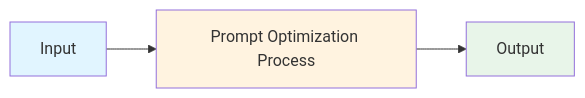
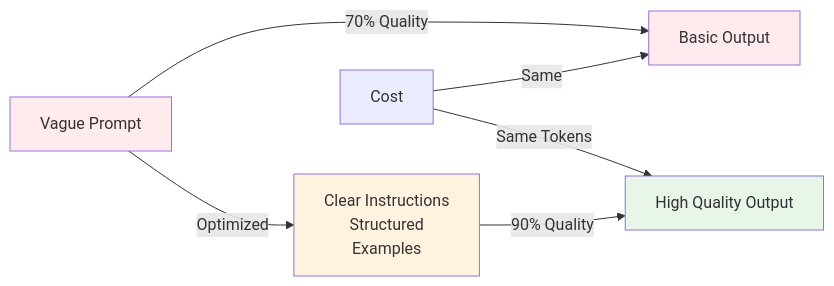
Before and after one commit to souradeepta/interviewprep-ai: the first of 2 diagrams in llm/concepts/prompt-optimization.md, drawn with Mermaid. The commit also changed other lines of this file and 20 other files, not shown here.

First line of the commit message:
feat: enhance 18 LLM concept files with detailed Q&A, diagrams, and real-world examples

````diff
--- a/llm/concepts/prompt-optimization.md
+++ b/llm/concepts/prompt-optimization.md
@@ -88,9 +88,12 @@
 ```mermaid
 graph LR
-    A["Input"] --> B["Prompt Optimization Process"]
-    B --> C["Output"]
-
-    style A fill:#e1f5ff
-    style B fill:#fff3e0
-    style C fill:#e8f5e9
+    A["Vague Prompt"] -->|70% Quality| B["Basic Output"]
+    A -->|Optimized| C["Clear Instructions<br/>Structured<br/>Examples"]
+    C -->|90% Quality| D["High Quality Output"]
+    E["Cost"] -->|Same| B
+    E -->|Same Tokens| D
+    style A fill:#ffebee
+    style C fill:#fff3e0
+    style B fill:#ffebee
+    style D fill:#e8f5e9
 ```
````
